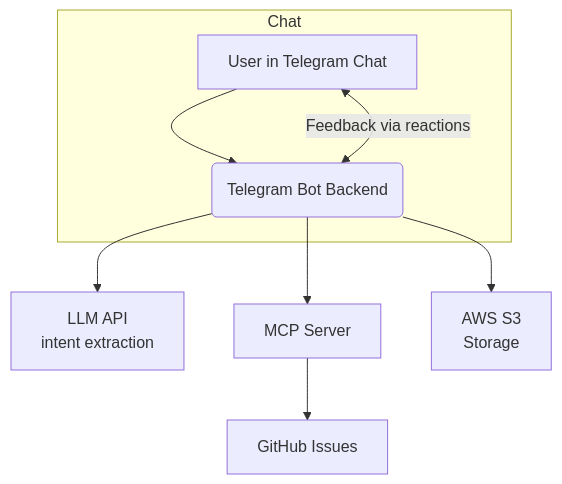
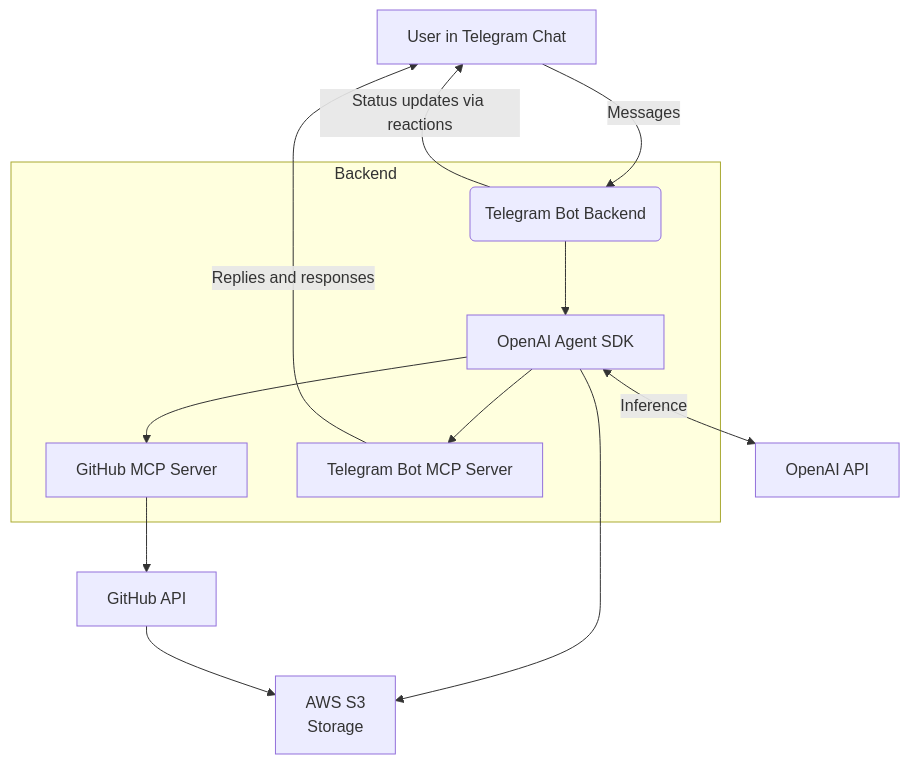
One commit to imajus/telegit changed the diagram in README.md. Above: the diagram before and after it, drawn with Mermaid. The commit also changed other lines of this file and 1 other file, not shown here.

````diff
--- a/README.md
+++ b/README.md
@@ -18,11 +25,15 @@
 ```mermaid
 flowchart TD
-  subgraph Chat
-    A[User in Telegram Chat] --> B(Telegram Bot Backend)
+  A[User in Telegram Chat] -->|Messages| B(Telegram Bot Backend)
+  subgraph Backend
+    B --> G[OpenAI Agent SDK]
+    G --> D[GitHub MCP Server]
+    G --> H[Telegram Bot MCP Server]
   end
-  B --> C[LLM API<br/>intent extraction]
-  B --> D[MCP Server]
-  D --> E[GitHub Issues]
-  B --> F[AWS S3<br/>Storage]
-  B <-->|Feedback via reactions| A
+  G <--> |Inference| C[OpenAI API]
+  H --> |Replies and responses| A
+  D --> E[GitHub API]
+  G --> F[AWS S3<br/>Storage]
+  E --> F
+  B --> |Status updates via reactions| A
 ```
````
